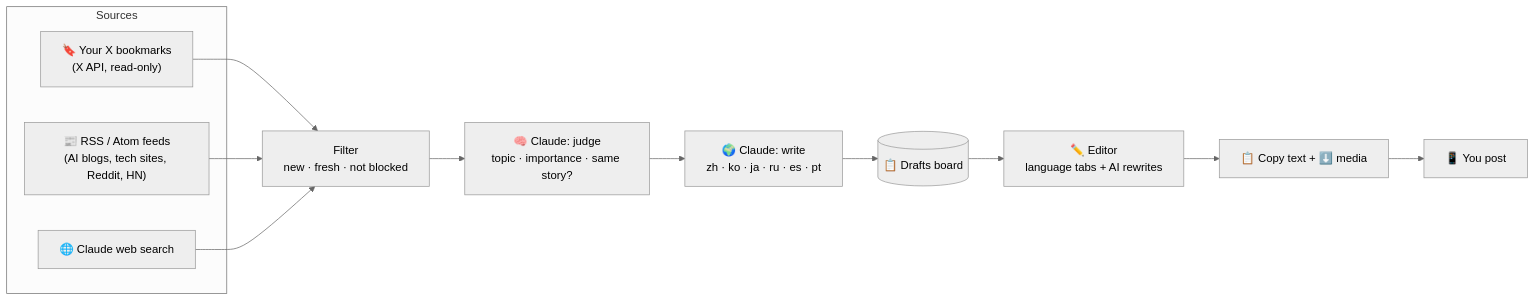
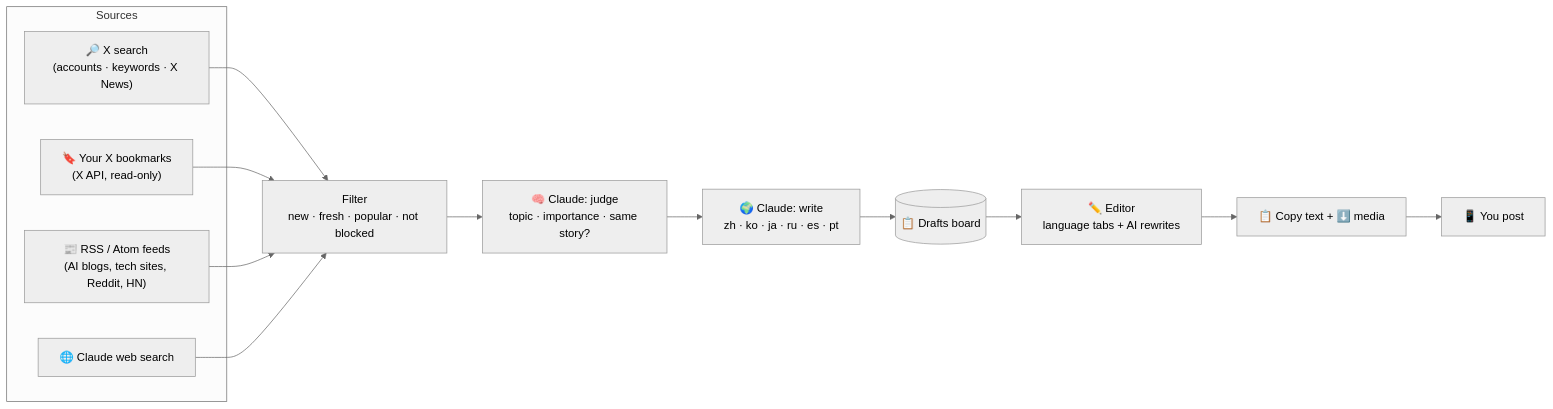
Before and after one commit to RamazanBolatkhan/content_machine: the diagram in README.md, drawn with Mermaid (neutral theme). The commit also changed other lines of this file and 10 other files, not shown here.

First line of the commit message:
X post search as a main source (accounts to watch, keywords, X News) + board language view

````diff
--- a/README.md
+++ b/README.md
@@ -40,18 +41,20 @@
 ```mermaid
 flowchart LR
     subgraph Sources
+        S["🔎 X search<br/>(accounts · keywords · X News)"]
         B["🔖 Your X bookmarks<br/>(X API, read-only)"]
         R["📰 RSS / Atom feeds<br/>(AI blogs, tech sites, Reddit, HN)"]
         W["🌐 Claude web search"]
     end
 
-    B --> F["Filter<br/>new · fresh · not blocked"]
+    S --> F["Filter<br/>new · fresh · popular · not blocked"]
+    B --> F
     R --> F
     W --> F
     F --> J["🧠 Claude: judge<br/>topic · importance · same story?"]
     J --> L["🌍 Claude: write<br/>zh · ko · ja · ru · es · pt"]
     L --> D[("📋 Drafts board")]
     D --> E["✏️ Editor<br/>language tabs + AI rewrites"]
     E --> Y["📋 Copy text + ⬇️ media"]
     Y --> T["📱 You post"]
 ```
````
